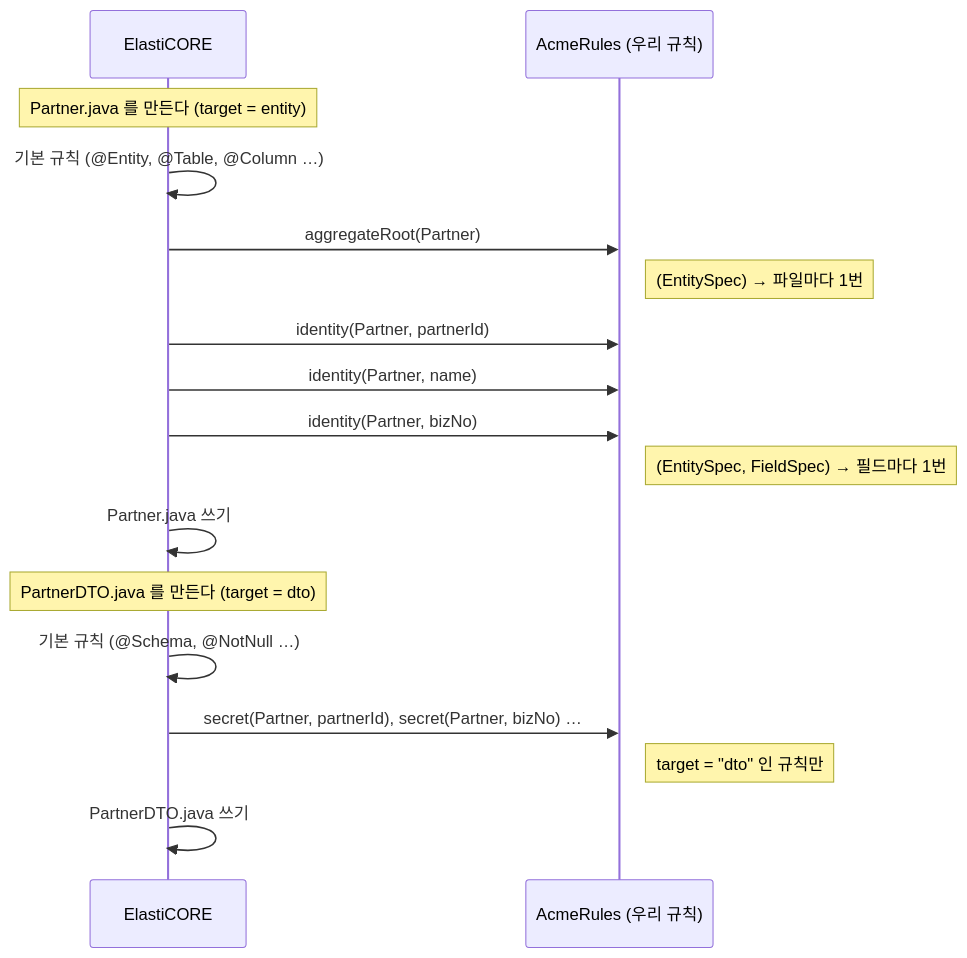
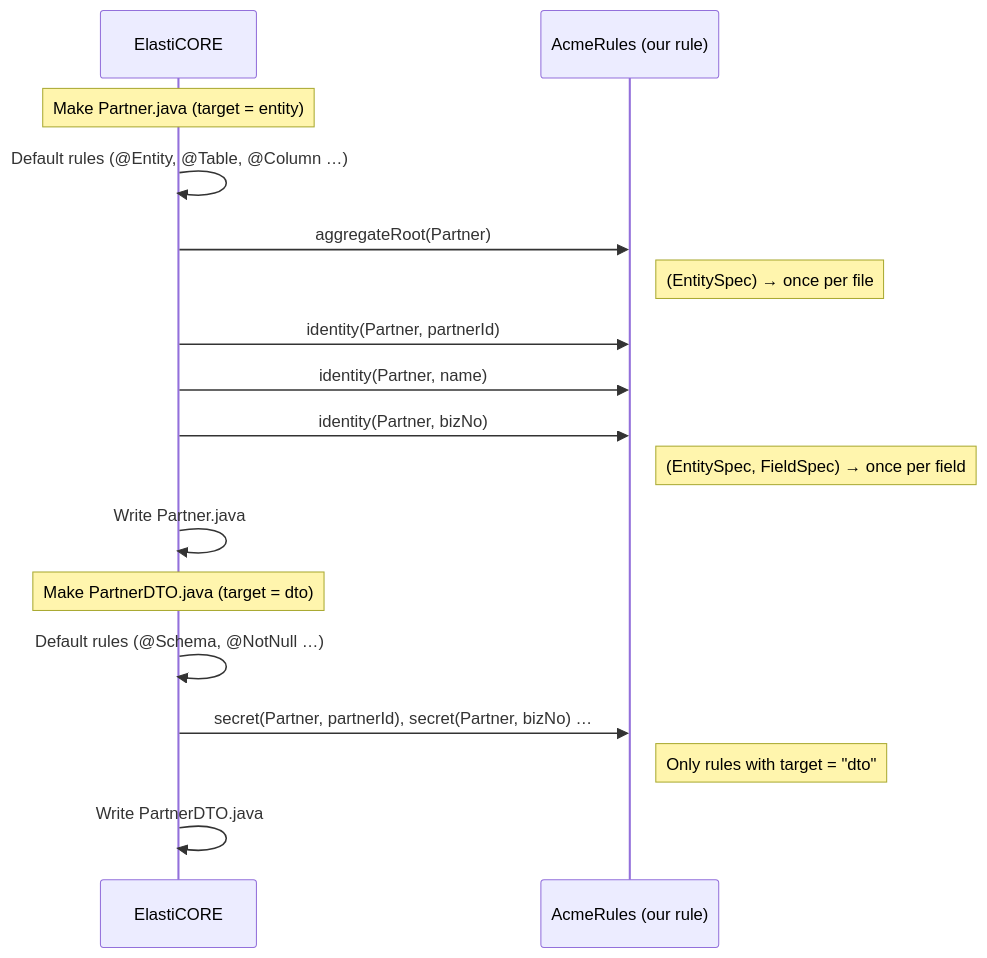
Before and after one commit to xsko/ElastiCORE: the third of 5 diagrams in elasticore-project/elasticore-base/src/main/resources/elasticore-guide/elasticore-rule-dev-guide.md, drawn with Mermaid. The commit also changed other lines of this file and 34 other files, not shown here.

````diff
--- a/elasticore-project/elasticore-base/src/main/resources/elasticore-guide/elasticore-rule-dev-guide.md
+++ b/elasticore-project/elasticore-base/src/main/resources/elasticore-guide/elasticore-rule-dev-guide.md
@@ -67,19 +67,19 @@
 ```mermaid
 sequenceDiagram
     participant G as ElastiCORE
-    participant R as AcmeRules (우리 규칙)
-    Note over G: Partner.java 를 만든다 (target = entity)
-    G->>G: 기본 규칙 (@Entity, @Table, @Column …)
+    participant R as AcmeRules (our rule)
+    Note over G: Make Partner.java (target = entity)
+    G->>G: Default rules (@Entity, @Table, @Column …)
     G->>R: aggregateRoot(Partner)
-    Note right of R: (EntitySpec) → 파일마다 1번
+    Note right of R: (EntitySpec) → once per file
     G->>R: identity(Partner, partnerId)
     G->>R: identity(Partner, name)
     G->>R: identity(Partner, bizNo)
-    Note right of R: (EntitySpec, FieldSpec) → 필드마다 1번
-    G->>G: Partner.java 쓰기
-    Note over G: PartnerDTO.java 를 만든다 (target = dto)
-    G->>G: 기본 규칙 (@Schema, @NotNull …)
+    Note right of R: (EntitySpec, FieldSpec) → once per field
+    G->>G: Write Partner.java
+    Note over G: Make PartnerDTO.java (target = dto)
+    G->>G: Default rules (@Schema, @NotNull …)
     G->>R: secret(Partner, partnerId), secret(Partner, bizNo) …
-    Note right of R: target = "dto" 인 규칙만
-    G->>G: PartnerDTO.java 쓰기
+    Note right of R: Only rules with target = "dto"
+    G->>G: Write PartnerDTO.java
 ```
````
